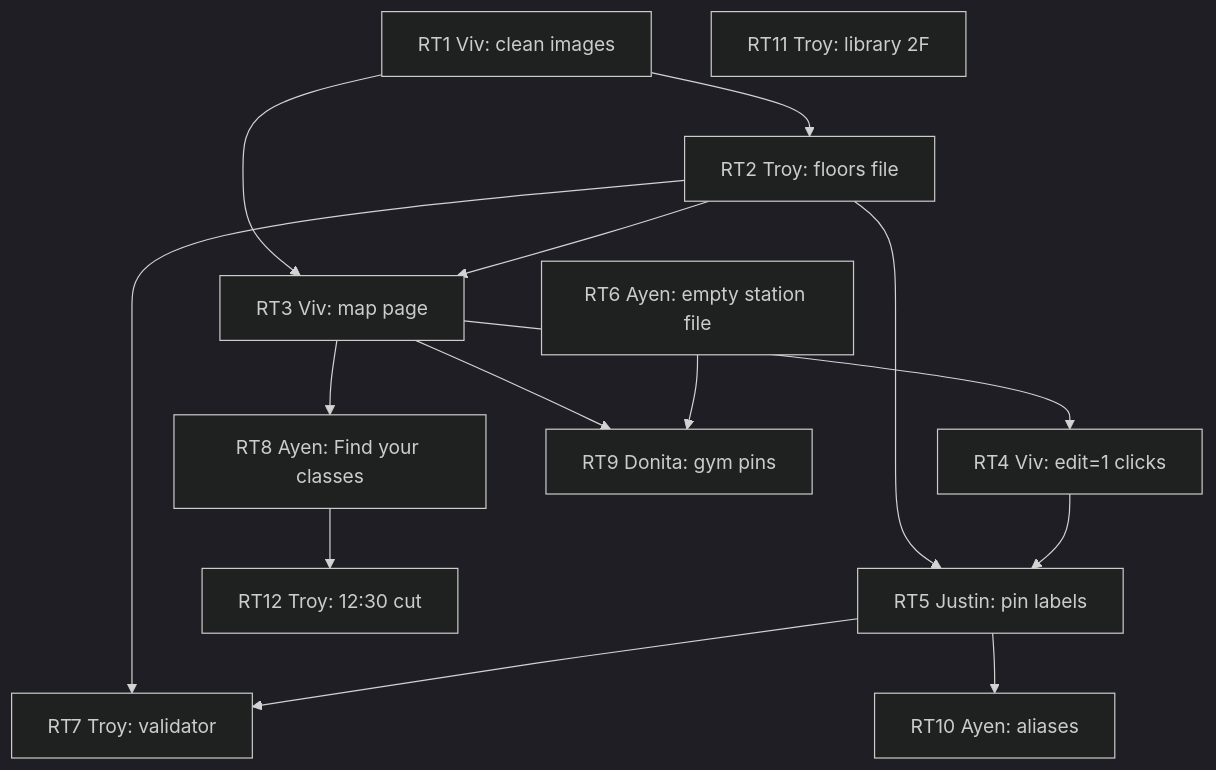
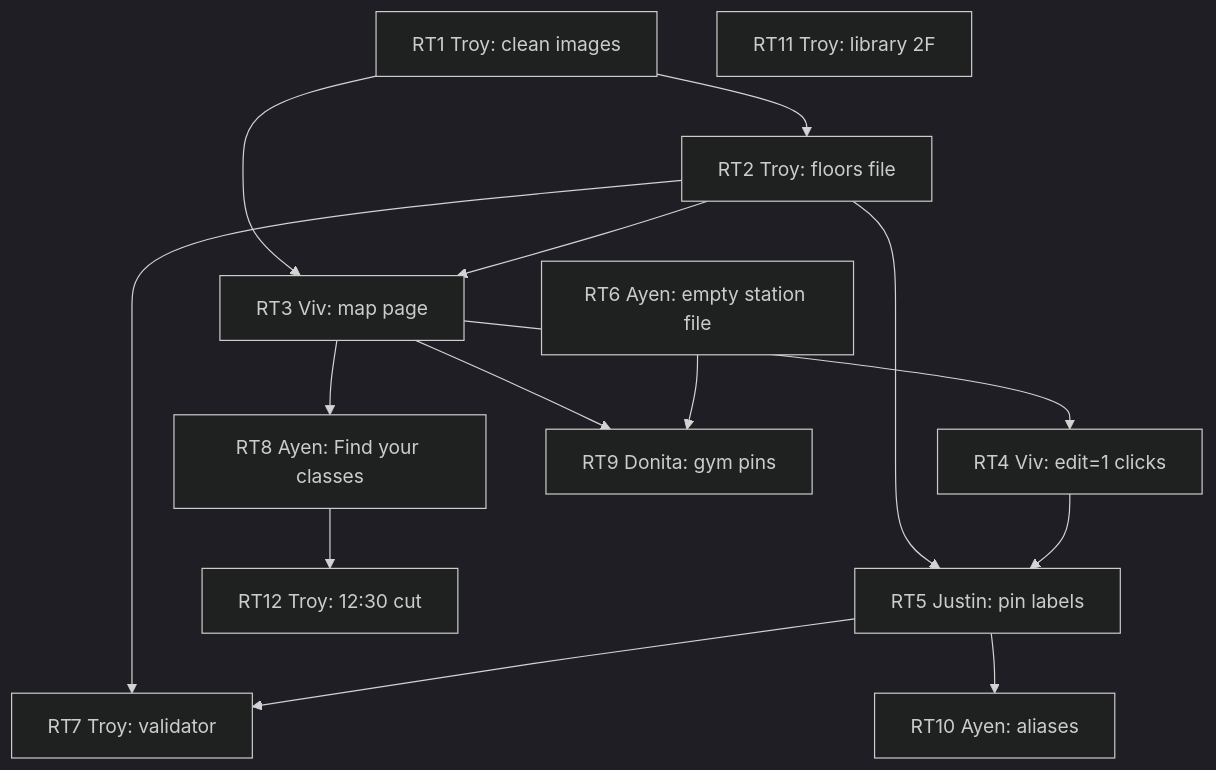
Before and after one commit to Troy-LL/IsQolar: the diagram in docs/plan-room-tba.md, drawn with Mermaid (dark theme). The commit also changed other lines of this file and 2 other files, not shown here.

First line of the commit message:
Name Troy as the RT1 owner in the plan copies.

````diff
--- a/docs/plan-room-tba.md
+++ b/docs/plan-room-tba.md
@@ -42,29 +42,29 @@
 ```mermaid
 flowchart TD
-  RT1["RT1 Viv: clean images"]
+  RT1["RT1 Troy: clean images"]
   RT2["RT2 Troy: floors file"]
   RT3["RT3 Viv: map page"]
   RT4["RT4 Viv: edit=1 clicks"]
   RT5["RT5 Justin: pin labels"]
   RT6["RT6 Ayen: empty station file"]
   RT7["RT7 Troy: validator"]
   RT8["RT8 Ayen: Find your classes"]
   RT9["RT9 Donita: gym pins"]
   RT10["RT10 Ayen: aliases"]
   RT11["RT11 Troy: library 2F"]
   RT12["RT12 Troy: 12:30 cut"]
 
   RT1 --> RT2
   RT1 --> RT3
   RT2 --> RT3
   RT3 --> RT4
   RT2 --> RT5
   RT4 --> RT5
   RT2 --> RT7
   RT5 --> RT7
   RT3 --> RT8
   RT8 --> RT12
   RT3 --> RT9
   RT6 --> RT9
   RT5 --> RT10
 ```
````
